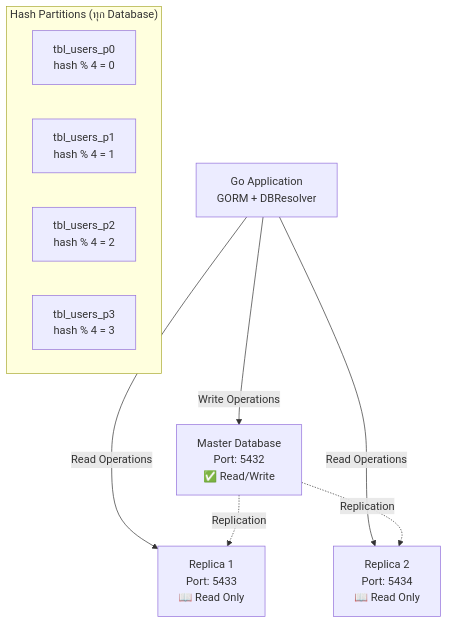
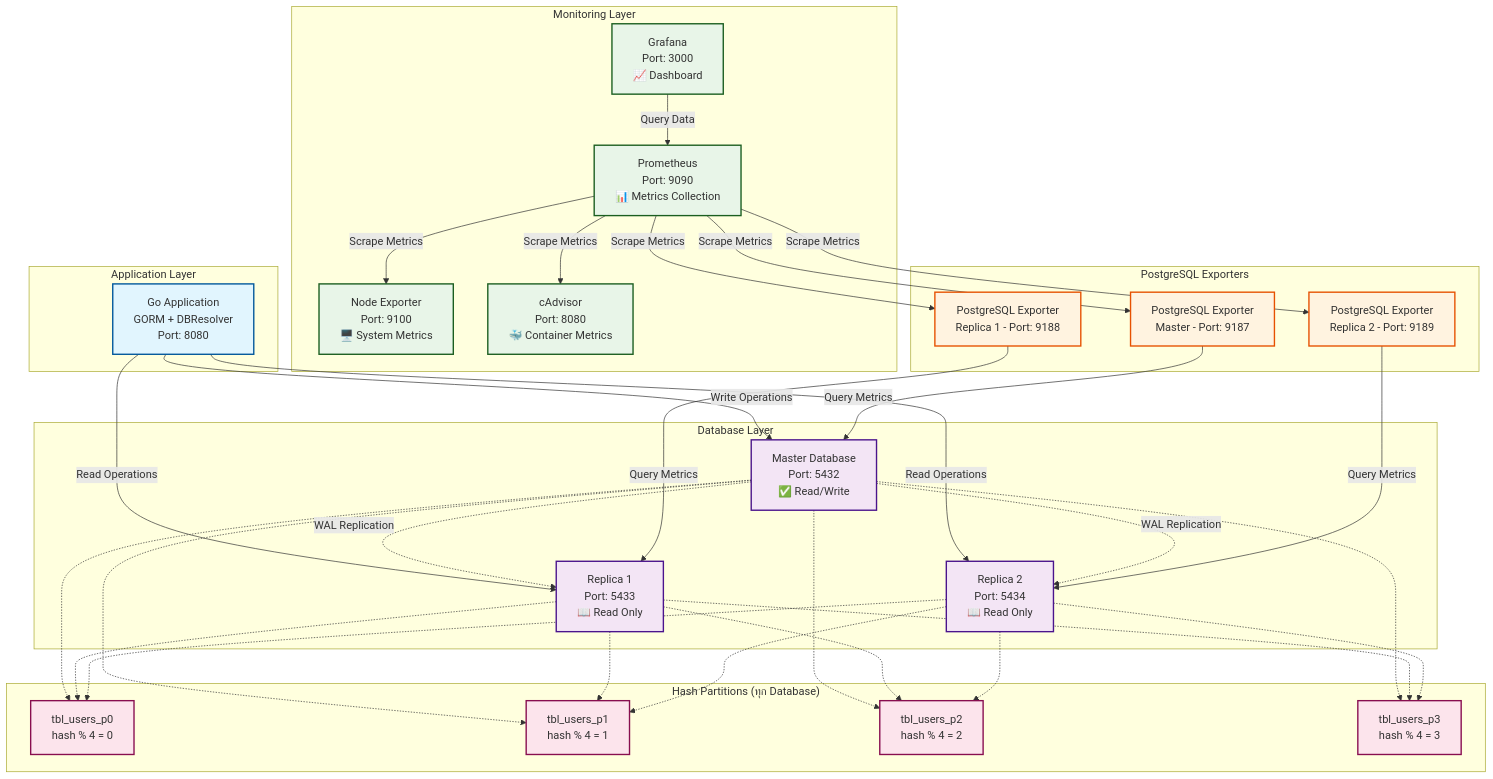
One commit to wisaitas/sharding-golang changed the diagram in README.md. Above: the diagram before and after it, drawn with Mermaid. The commit also changed other lines of this file and 9 other files, not shown here.

````diff
--- a/README.md
+++ b/README.md
@@ -7,17 +7,27 @@
 ```mermaid
 graph TB
-    App[Go Application<br/>GORM + DBResolver]
+    subgraph "Application Layer"
+        App[Go Application<br/>GORM + DBResolver<br/>Port: 8080]
+    end
 
-    Master[Master Database<br/>Port: 5432<br/>✅ Read/Write]
-    Replica1[Replica 1<br/>Port: 5433<br/>📖 Read Only]
-    Replica2[Replica 2<br/>Port: 5434<br/>📖 Read Only]
+    subgraph "Database Layer"
+        Master[Master Database<br/>Port: 5432<br/>✅ Read/Write]
+        Replica1[Replica 1<br/>Port: 5433<br/>📖 Read Only]
+        Replica2[Replica 2<br/>Port: 5434<br/>📖 Read Only]
+    end
 
-    App -->|Write Operations| Master
-    App -->|Read Operations| Replica1
-    App -->|Read Operations| Replica2
+    subgraph "Monitoring Layer"
+        Prometheus[Prometheus<br/>Port: 9090<br/>📊 Metrics Collection]
+        Grafana[Grafana<br/>Port: 3000<br/>📈 Dashboard]
+        NodeExporter[Node Exporter<br/>Port: 9100<br/>🖥️ System Metrics]
+        Cadvisor[cAdvisor<br/>Port: 8080<br/>🐳 Container Metrics]
+    end
 
-    Master -.->|Replication| Replica1
-    Master -.->|Replication| Replica2
+    subgraph "PostgreSQL Exporters"
+        PGExpMaster[PostgreSQL Exporter<br/>Master - Port: 9187]
+        PGExpReplica1[PostgreSQL Exporter<br/>Replica 1 - Port: 9188]
+        PGExpReplica2[PostgreSQL Exporter<br/>Replica 2 - Port: 9189]
+    end
 
     subgraph "Hash Partitions (ทุก Database)"
         P0[tbl_users_p0<br/>hash % 4 = 0]
@@ -25,4 +35,55 @@
         P2[tbl_users_p2<br/>hash % 4 = 2]
         P3[tbl_users_p3<br/>hash % 4 = 3]
     end
+
+    %% Application to Database connections
+    App -->|Write Operations| Master
+    App -->|Read Operations| Replica1
+    App -->|Read Operations| Replica2
+
+    %% Replication connections
+    Master -.->|WAL Replication| Replica1
+    Master -.->|WAL Replication| Replica2
+
+    %% Monitoring connections
+    Prometheus -->|Scrape Metrics| PGExpMaster
+    Prometheus -->|Scrape Metrics| PGExpReplica1
+    Prometheus -->|Scrape Metrics| PGExpReplica2
+    Prometheus -->|Scrape Metrics| NodeExporter
+    Prometheus -->|Scrape Metrics| Cadvisor
+
+    %% Database to Exporter connections
+    PGExpMaster -->|Query Metrics| Master
+    PGExpReplica1 -->|Query Metrics| Replica1
+    PGExpReplica2 -->|Query Metrics| Replica2
+
+    %% Grafana to Prometheus
+    Grafana -->|Query Data| Prometheus
+
+    %% Partition relationships
+    Master -.-> P0
+    Master -.-> P1
+    Master -.-> P2
+    Master -.-> P3
+    Replica1 -.-> P0
+    Replica1 -.-> P1
+    Replica1 -.-> P2
+    Replica1 -.-> P3
+    Replica2 -.-> P0
+    Replica2 -.-> P1
+    Replica2 -.-> P2
+    Replica2 -.-> P3
+
+    %% Styling
+    classDef appClass fill:#e1f5fe,stroke:#01579b,stroke-width:2px
+    classDef dbClass fill:#f3e5f5,stroke:#4a148c,stroke-width:2px
+    classDef monitorClass fill:#e8f5e8,stroke:#1b5e20,stroke-width:2px
+    classDef exporterClass fill:#fff3e0,stroke:#e65100,stroke-width:2px
+    classDef partitionClass fill:#fce4ec,stroke:#880e4f,stroke-width:2px
+
+    class App appClass
+    class Master,Replica1,Replica2 dbClass
+    class Prometheus,Grafana,NodeExporter,Cadvisor monitorClass
+    class PGExpMaster,PGExpReplica1,PGExpReplica2 exporterClass
+    class P0,P1,P2,P3 partitionClass
 ```
````
